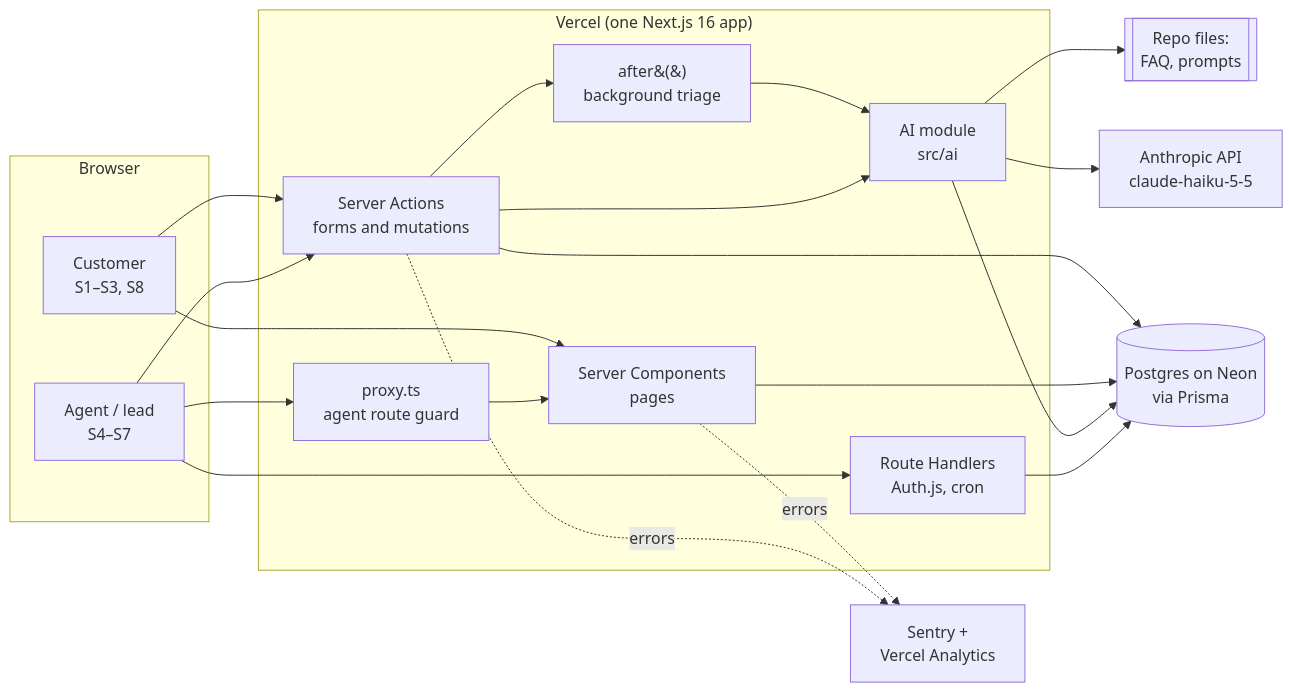
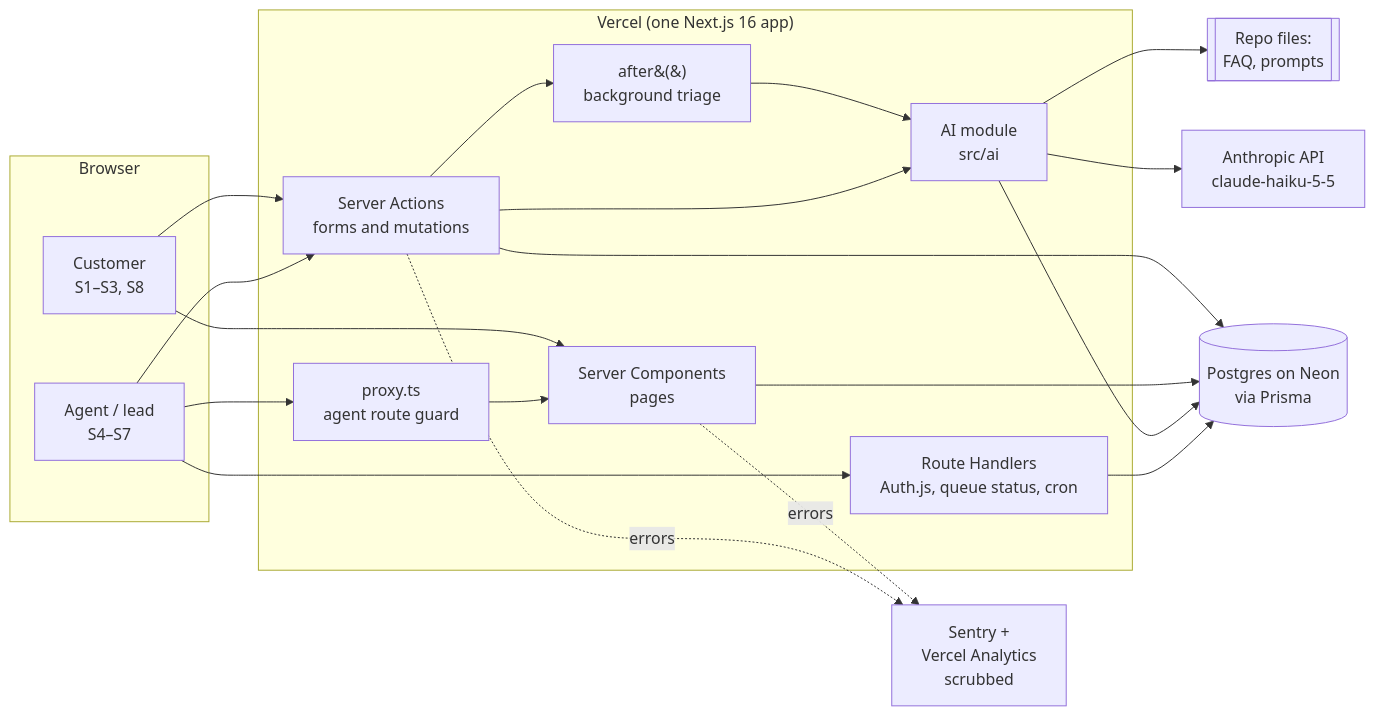
Before and after one commit to moulinath/helpdesk-ai: the first of 4 diagrams in docs/03-architecture/architecture.md, drawn with Mermaid. The commit also changed other lines of this file and 8 other files, not shown here.

Commit message:
docs: architecture v0.2 with review findings applied; RAID R18-R23

````diff
--- a/docs/03-architecture/architecture.md
+++ b/docs/03-architecture/architecture.md
@@ -26,35 +26,35 @@
 ```mermaid
 flowchart LR
   subgraph Browser
     C[Customer<br/>S1–S3, S8]
     A[Agent / lead<br/>S4–S7]
   end
   subgraph Vercel["Vercel (one Next.js 16 app)"]
     P[proxy.ts<br/>agent route guard]
     UI[Server Components<br/>pages]
     SA[Server Actions<br/>forms and mutations]
-    RH[Route Handlers<br/>Auth.js, cron]
+    RH[Route Handlers<br/>Auth.js, queue status, cron]
     AI[AI module<br/>src/ai]
     AF[after&#40;&#41;<br/>background triage]
   end
   DB[(Postgres on Neon<br/>via Prisma)]
   ANT[Anthropic API<br/>claude-haiku-5-5]
-  OBS[Sentry +<br/>Vercel Analytics]
+  OBS[Sentry +<br/>Vercel Analytics<br/>scrubbed]
   REPO[[Repo files:<br/>FAQ, prompts]]
 
   C --> UI
   C --> SA
   A --> P --> UI
   A --> SA
   A --> RH
   SA --> DB
   UI --> DB
   SA --> AF --> AI
   SA --> AI
   AI --> ANT
   AI --> DB
   AI --> REPO
   RH --> DB
   UI -.errors.-> OBS
   SA -.errors.-> OBS
 ```
````
